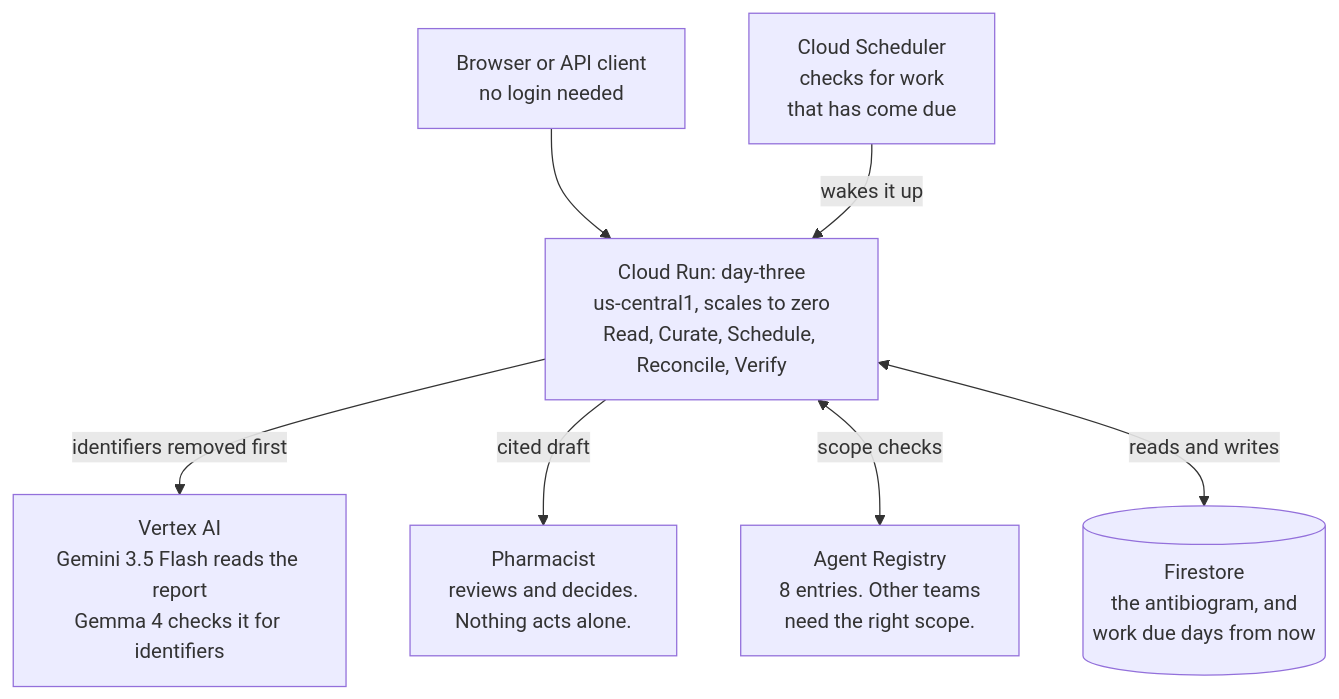
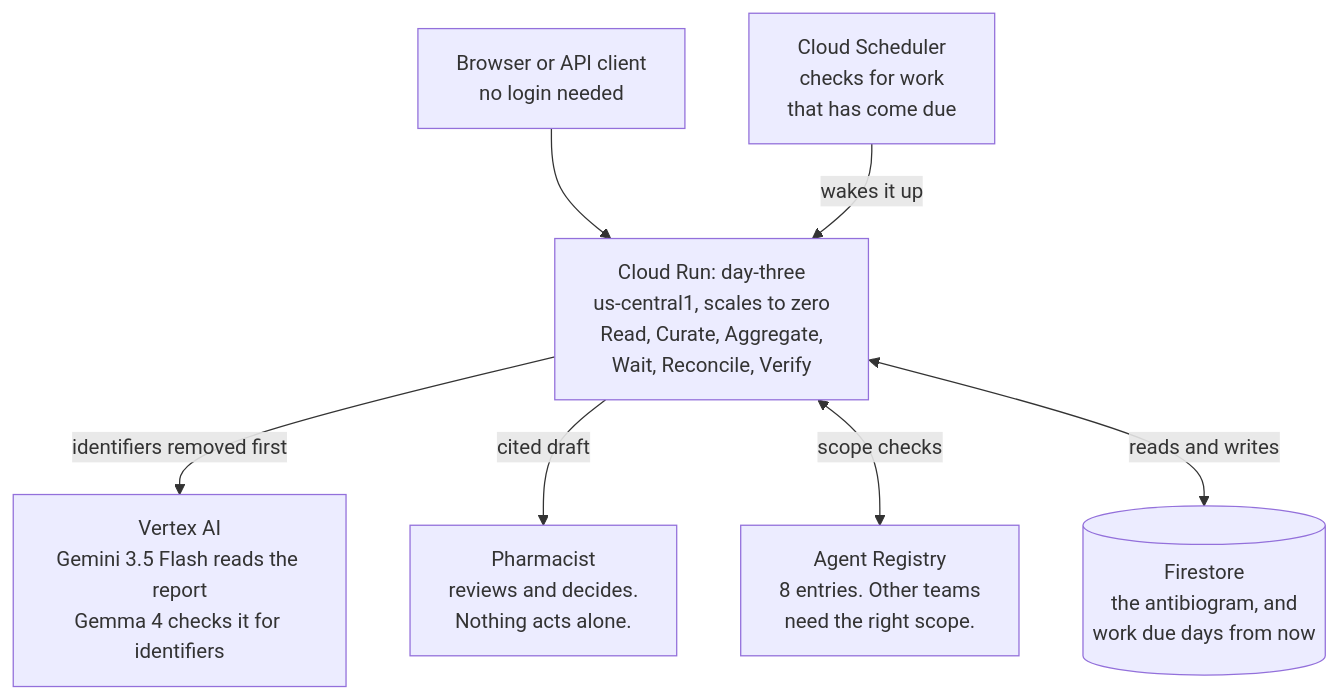
The diagram in README.md (usv240/day-three), drawn with Mermaid before and after one commit. The commit also changed other lines of this file and 5 other files, not shown here.

First line of the commit message:
Make the three architecture diagrams say the same thing

````diff
--- a/README.md
+++ b/README.md
@@ -138,19 +141,19 @@
 ```mermaid
 %% Day Three, as built. One service, one database, one scheduler.
 %% Kept deliberately small: this is the submission diagram, not an inventory.
 flowchart TB
     B["Browser or API client<br/>no login needed"]
     V["Vertex AI<br/>Gemini 3.5 Flash reads the report<br/>Gemma 4 checks it for identifiers"]
-    CR["Cloud Run: day-three<br/>us-central1, scales to zero<br/>Read, Curate, Schedule, Reconcile, Verify"]
+    CR["Cloud Run: day-three<br/>us-central1, scales to zero<br/>Read, Curate, Aggregate,<br/>Wait, Reconcile, Verify"]
     PH["Pharmacist<br/>reviews and decides.<br/>Nothing acts alone."]
     AR["Agent Registry<br/>8 entries. Other teams<br/>need the right scope."]
     FS[("Firestore<br/>the antibiogram, and<br/>work due days from now")]
     SCH["Cloud Scheduler<br/>checks for work<br/>that has come due"]
 
     B --> CR
     CR -->|"identifiers removed first"| V
     CR -->|"cited draft"| PH
     CR <-->|"scope checks"| AR
     CR <-->|"reads and writes"| FS
     SCH -->|"wakes it up"| CR
 ```
````
